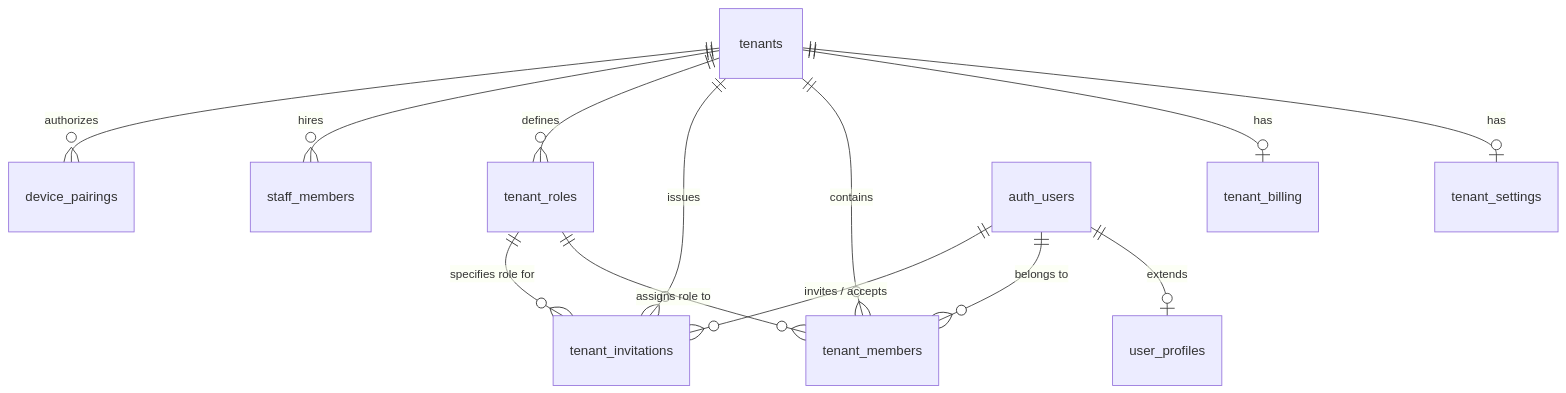
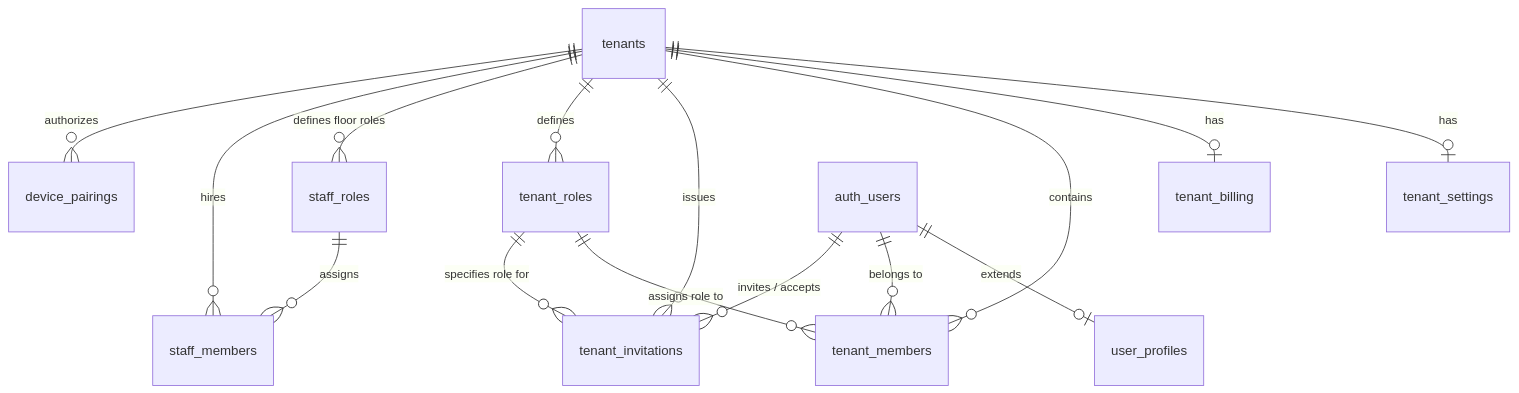
Before and after one commit to marceldavidbaroi/Smart-Hisab: the diagram in docs/multi_tenant_architecture.md, drawn with Mermaid. The commit also changed other lines of this file and 64 other files, not shown here.

````diff
--- a/docs/multi_tenant_architecture.md
+++ b/docs/multi_tenant_architecture.md
@@ -59,17 +59,19 @@
 ```mermaid
 erDiagram
     tenants ||--o| tenant_settings : "has"
     tenants ||--o| tenant_billing : "has"
     tenants ||--o{ tenant_members : "contains"
     tenants ||--o{ tenant_invitations : "issues"
     tenants ||--o{ tenant_roles : "defines"
+    tenants ||--o{ staff_roles : "defines floor roles"
     tenants ||--o{ staff_members : "hires"
+    staff_roles ||--o{ staff_members : "assigns"
     tenants ||--o{ device_pairings : "authorizes"
     
     auth_users ||--o| user_profiles : "extends"
     auth_users ||--o{ tenant_members : "belongs to"
     auth_users ||--o{ tenant_invitations : "invites / accepts"
 
     tenant_roles ||--o{ tenant_members : "assigns role to"
     tenant_roles ||--o{ tenant_invitations : "specifies role for"
 ```
````
